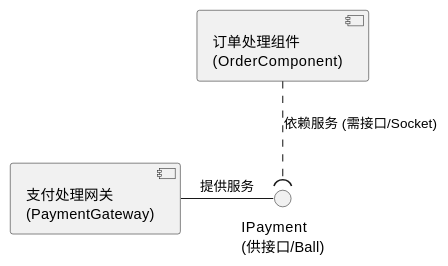
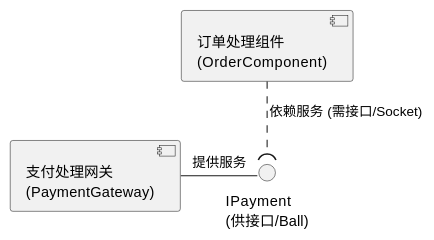
The eighth of 9 diagrams in 02-visual-diagrams/02-UML核心建模图谱-方案A-PlantUML版.md (cpsa3/software-designer-fast-pass), drawn with PlantUML before and after one commit. The commit also changed other lines of this file, not shown here.

Commit message:
fix(plantuml): 全量注入 Smetana 纯Java排版指令，免去本地安装Graphviz依赖

````diff
--- a/02-visual-diagrams/02-UML核心建模图谱-方案A-PlantUML版.md
+++ b/02-visual-diagrams/02-UML核心建模图谱-方案A-PlantUML版.md
@@ -303,11 +310,12 @@
 ```plantuml
 @startuml
+!pragma layout smetana
 [订单处理组件\n(OrderComponent)] as OrderComp
 [支付处理网关\n(PaymentGateway)] as PayGateway
 
 () "IPayment\n(供接口/Ball)" as IPay
 
 PayGateway - IPay : 提供服务
 OrderComp ..( IPay : 依赖服务 (需接口/Socket)
 @enduml
 ```
````
